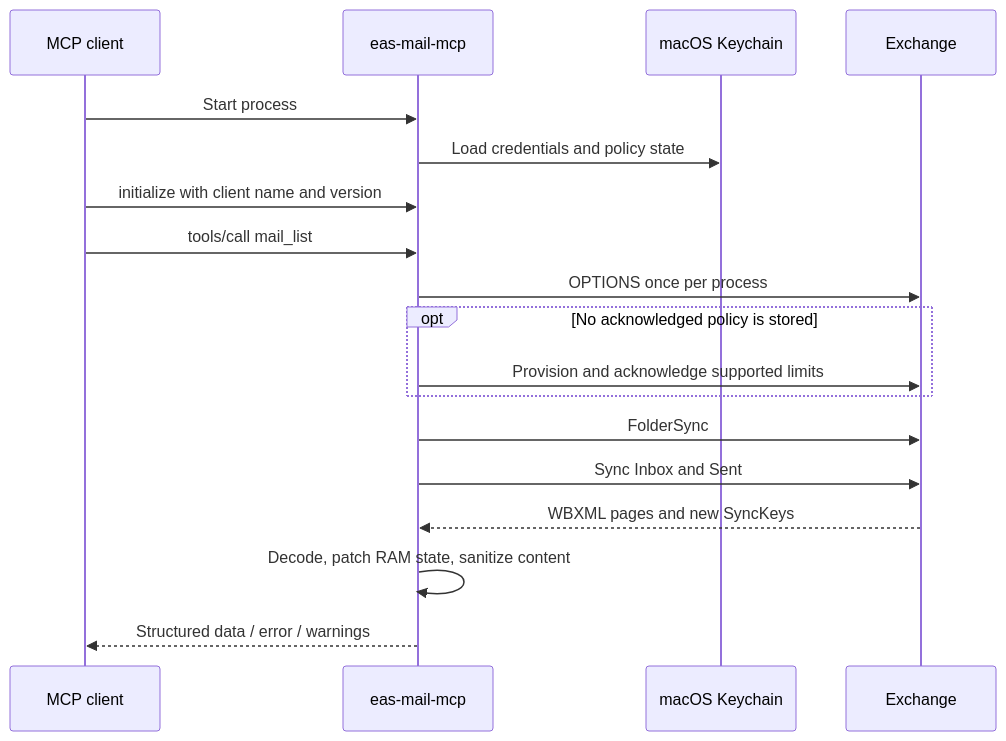
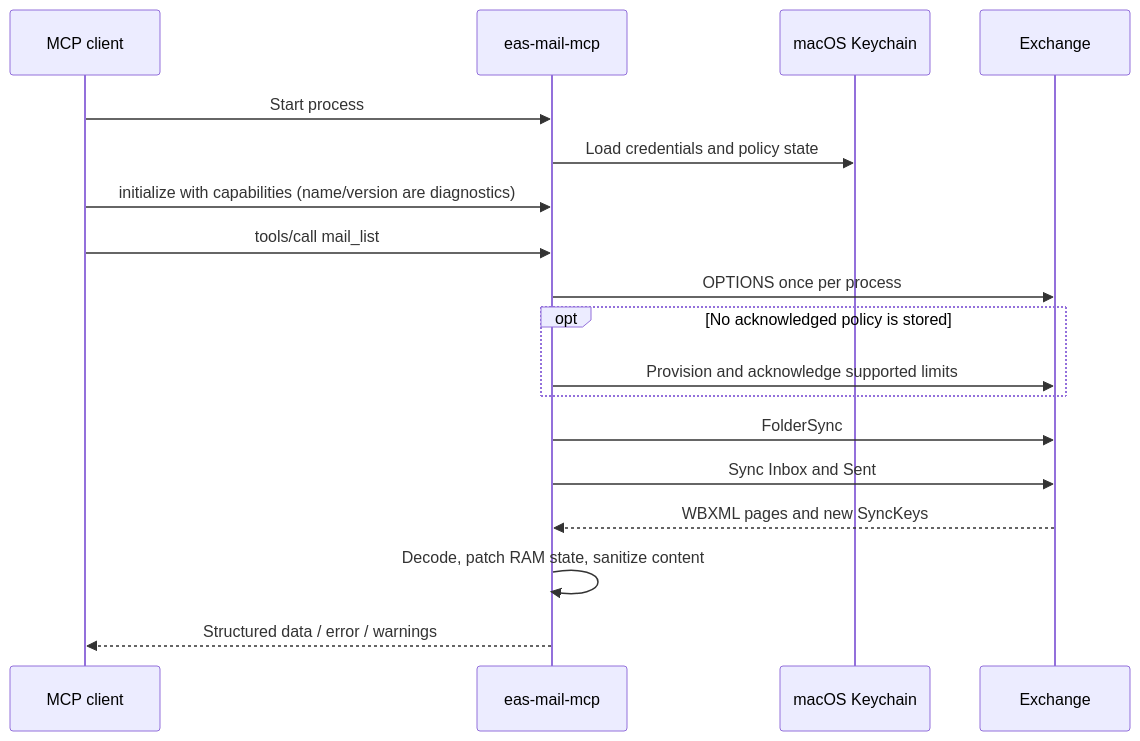
The second of 2 diagrams in README.md (Acrom7/eas-mail-mcp), drawn with Mermaid before and after one commit. The commit also changed other lines of this file and 89 other files, not shown here.

````diff
--- a/README.md
+++ b/README.md
@@ -50,21 +49,21 @@
 ```mermaid
 sequenceDiagram
     participant Client as MCP client
     participant App as eas-mail-mcp
     participant Keychain as macOS Keychain
     participant Exchange as Exchange
 
     Client->>App: Start process
     App->>Keychain: Load credentials and policy state
-    Client->>App: initialize with client name and version
+    Client->>App: initialize with capabilities (name/version are diagnostics)
     Client->>App: tools/call mail_list
     App->>Exchange: OPTIONS once per process
     opt No acknowledged policy is stored
         App->>Exchange: Provision and acknowledge supported limits
     end
     App->>Exchange: FolderSync
     App->>Exchange: Sync Inbox and Sent
     Exchange-->>App: WBXML pages and new SyncKeys
     App->>App: Decode, patch RAM state, sanitize content
     App-->>Client: Structured data / error / warnings
 ```
````
